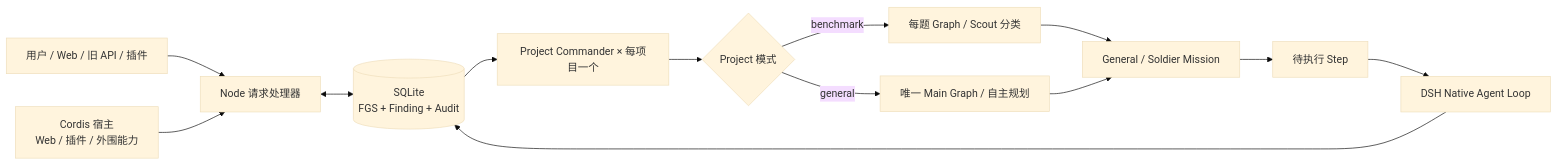
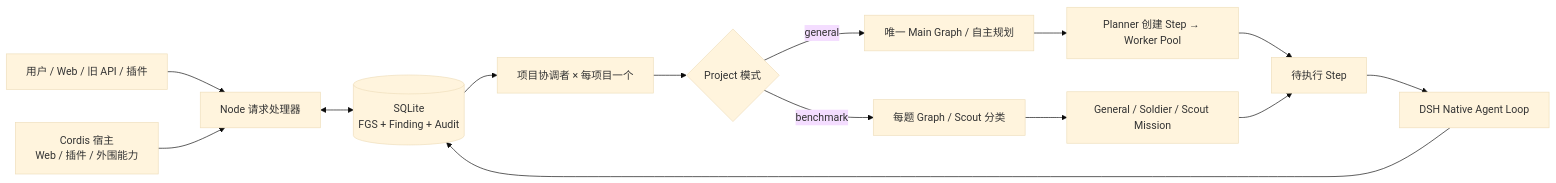
The diagram in README.md (0X6C7879/RedTrace), drawn with Mermaid (base theme) before and after one commit. The commit also changed other lines of this file and 91 other files, not shown here.

````diff
--- a/README.md
+++ b/README.md
@@ -28,15 +28,16 @@
 ```mermaid
 flowchart LR
     U[用户 / Web / 旧 API / 插件] --> N[Node 请求处理器]
     N <--> DB[(SQLite<br/>FGS + Finding + Audit)]
-    DB --> D[Project Commander × 每项目一个]
+    DB --> D[项目协调者 × 每项目一个]
     D --> B{Project 模式}
     B -->|benchmark| SC[每题 Graph / Scout 分类]
     B -->|general| M[唯一 Main Graph / 自主规划]
-    SC --> G[General / Soldier Mission]
-    M --> G
+    SC --> G[General / Soldier / Scout Mission]
+    M --> L[Planner 创建 Step → Worker Pool]
+    L --> S
     G --> S[待执行 Step]
     S --> E[DSH Native Agent Loop]
     E --> DB
     C[Cordis 宿主<br/>Web / 插件 / 外围能力] --> N
 ```
````
